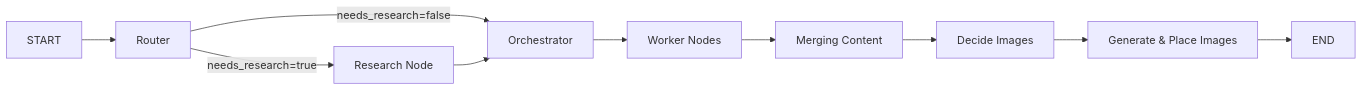
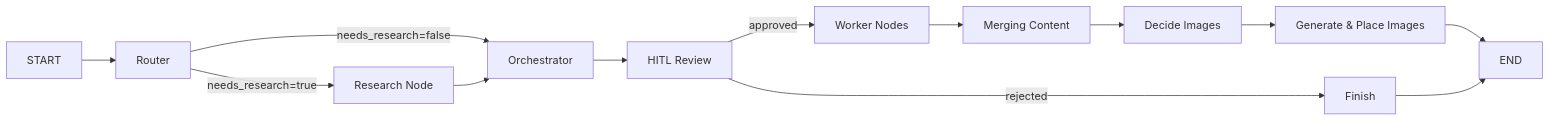
Before and after one commit to Godcoder2005/Blog_wriring_agent: the diagram in README.md, drawn with Mermaid. The commit also changed other lines of this file and 5 other files, not shown here.

````diff
--- a/README.md
+++ b/README.md
@@ -25,12 +27,15 @@
 ```mermaid
 graph LR
     A[START] --> B[Router]
     B -->|needs_research=true| C[Research Node]
     B -->|needs_research=false| D[Orchestrator]
     C --> D
-    D --> E[Worker Nodes]
-    E --> F[Merging Content]
-    F --> G[Decide Images]
-    G --> H[Generate & Place Images]
-    H --> I[END]
+    D --> E[HITL Review]
+    E -->|approved| F[Worker Nodes]
+    E -->|rejected| J[Finish]
+    F --> G[Merging Content]
+    G --> H[Decide Images]
+    H --> I[Generate & Place Images]
+    I --> K[END]
+    J --> K
 ```
````
